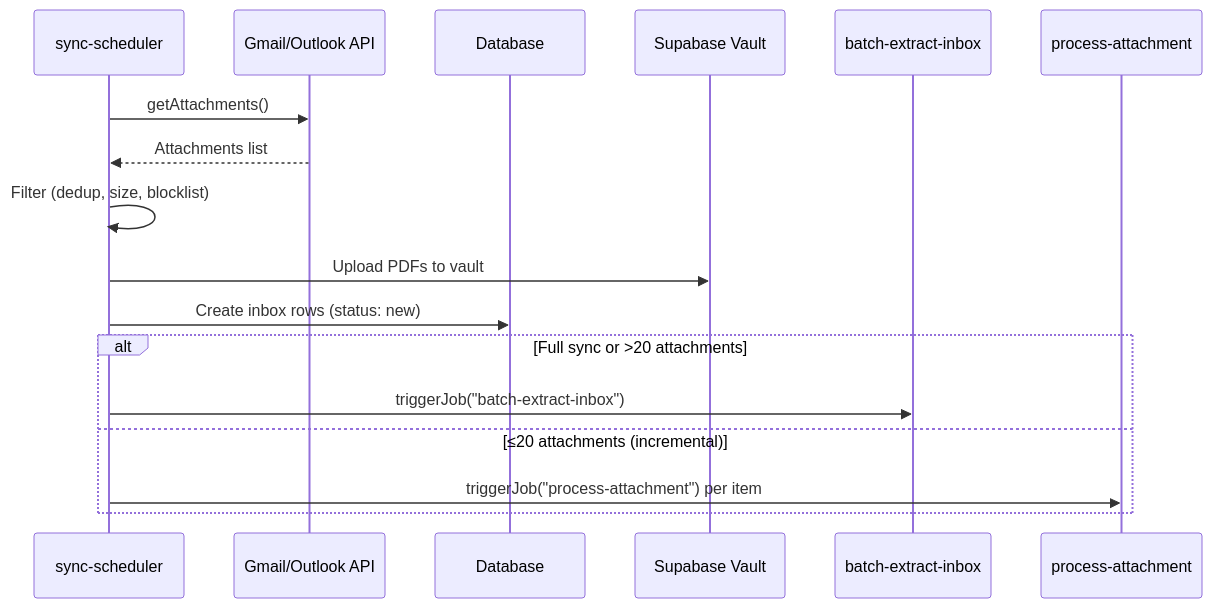
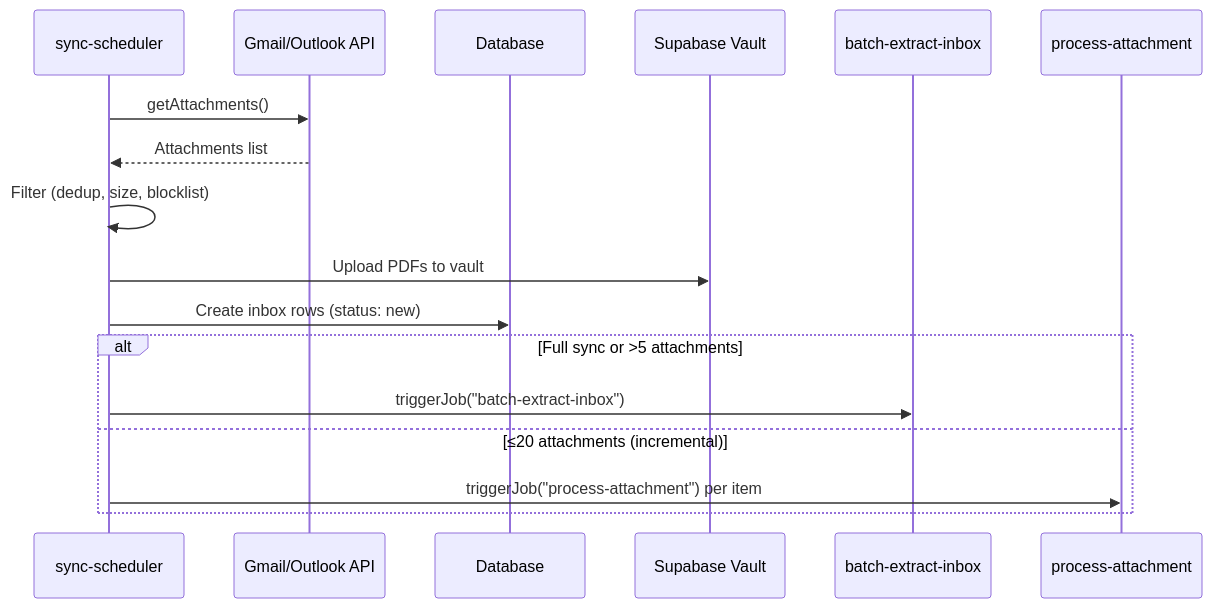
Before and after one commit to midday-ai/midday: the third of 4 diagrams in docs/inbox-sync.md, drawn with Mermaid. The commit also changed other lines of this file and 4 other files, not shown here.

````diff
--- a/docs/inbox-sync.md
+++ b/docs/inbox-sync.md
@@ -117,22 +117,22 @@
 ```mermaid
 sequenceDiagram
     participant Sync as sync-scheduler
     participant Provider as Gmail/Outlook API
     participant DB as Database
     participant Storage as Supabase Vault
     participant Batch as batch-extract-inbox
     participant RT as process-attachment
 
     Sync->>Provider: getAttachments()
     Provider-->>Sync: Attachments list
 
     Sync->>Sync: Filter (dedup, size, blocklist)
     Sync->>Storage: Upload PDFs to vault
     Sync->>DB: Create inbox rows (status: new)
 
-    alt Full sync or >20 attachments
+    alt Full sync or >5 attachments
         Sync->>Batch: triggerJob("batch-extract-inbox")
     else ≤20 attachments (incremental)
         Sync->>RT: triggerJob("process-attachment") per item
     end
 ```
````
